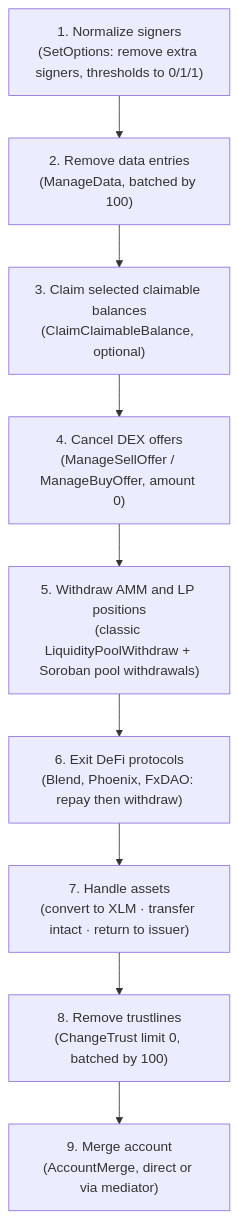
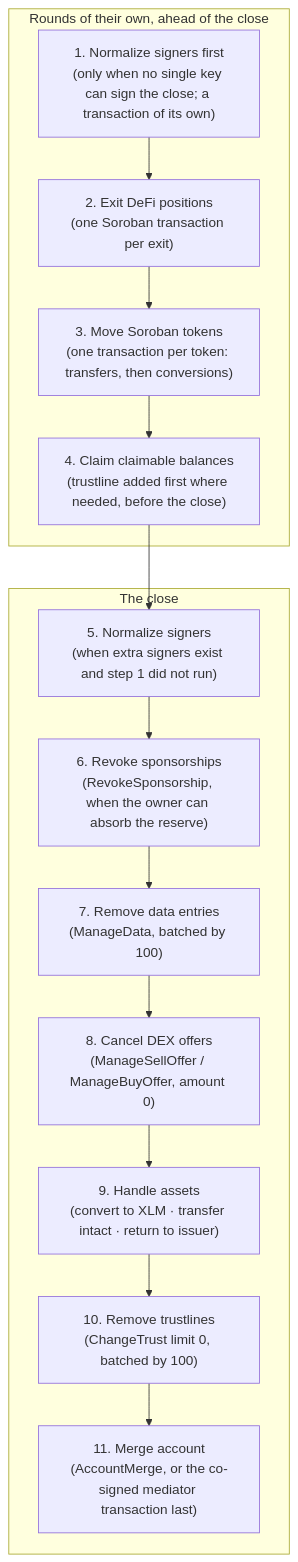
Before and after one commit to LumenWipe/lumenwipe: the diagram in diagrams/mmd/06-execution-plan.mmd, drawn with Mermaid. The commit also changed 6 other files, not shown here.

First line of the commit message:
docs(diagrams): redraw the execution plan in the order the close runs (#990)

```diff
--- a/diagrams/mmd/06-execution-plan.mmd
+++ b/diagrams/mmd/06-execution-plan.mmd
@@ -1,11 +1,17 @@
 flowchart TD
-    s1["1. Normalize signers<br/>(SetOptions: remove extra signers, thresholds to 0/1/1)"]
-    s2["2. Remove data entries<br/>(ManageData, batched by 100)"]
-    s3["3. Claim selected claimable balances<br/>(ClaimClaimableBalance, optional)"]
-    s4["4. Cancel DEX offers<br/>(ManageSellOffer / ManageBuyOffer, amount 0)"]
-    s5["5. Withdraw AMM and LP positions<br/>(classic LiquidityPoolWithdraw + Soroban pool withdrawals)"]
-    s6["6. Exit DeFi protocols<br/>(Blend, Phoenix, FxDAO: repay then withdraw)"]
-    s7["7. Handle assets<br/>(convert to XLM · transfer intact · return to issuer)"]
-    s8["8. Remove trustlines<br/>(ChangeTrust limit 0, batched by 100)"]
-    s9["9. Merge account<br/>(AccountMerge, direct or via mediator)"]
-    s1 --> s2 --> s3 --> s4 --> s5 --> s6 --> s7 --> s8 --> s9
+    subgraph rounds["Rounds of their own, ahead of the close"]
+        s1["1. Normalize signers first<br/>(only when no single key can sign the close; a transaction of its own)"]
+        s2["2. Exit DeFi positions<br/>(one Soroban transaction per exit)"]
+        s3["3. Move Soroban tokens<br/>(one transaction per token: transfers, then conversions)"]
+        s4["4. Claim claimable balances<br/>(trustline added first where needed, before the close)"]
+    end
+    subgraph close["The close"]
+        s5["5. Normalize signers<br/>(when extra signers exist and step 1 did not run)"]
+        s6["6. Revoke sponsorships<br/>(RevokeSponsorship, when the owner can absorb the reserve)"]
+        s7["7. Remove data entries<br/>(ManageData, batched by 100)"]
+        s8["8. Cancel DEX offers<br/>(ManageSellOffer / ManageBuyOffer, amount 0)"]
+        s9["9. Handle assets<br/>(convert to XLM · transfer intact · return to issuer)"]
+        s10["10. Remove trustlines<br/>(ChangeTrust limit 0, batched by 100)"]
+        s11["11. Merge account<br/>(AccountMerge, or the co-signed mediator transaction last)"]
+    end
+    s1 --> s2 --> s3 --> s4 --> s5 --> s6 --> s7 --> s8 --> s9 --> s10 --> s11
```
